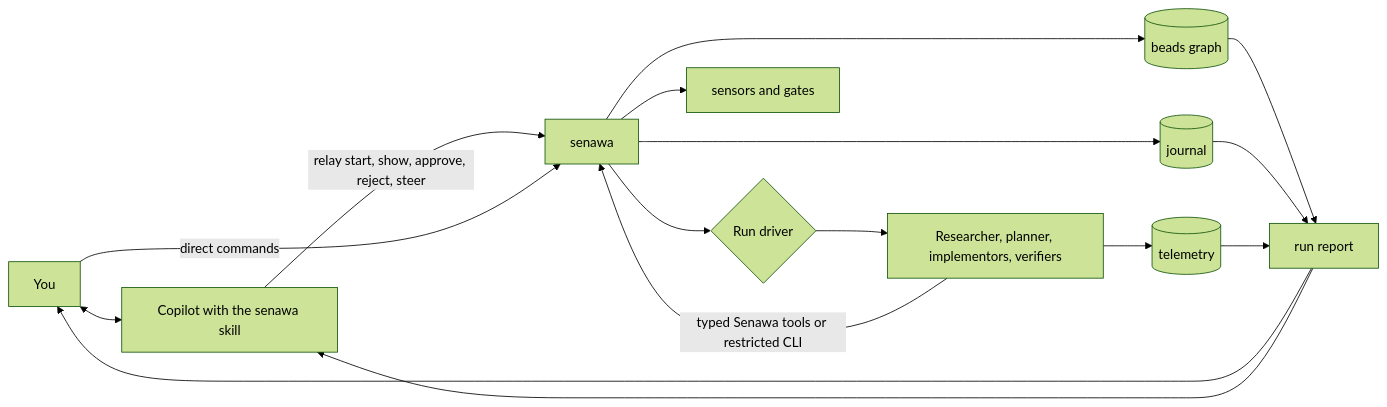
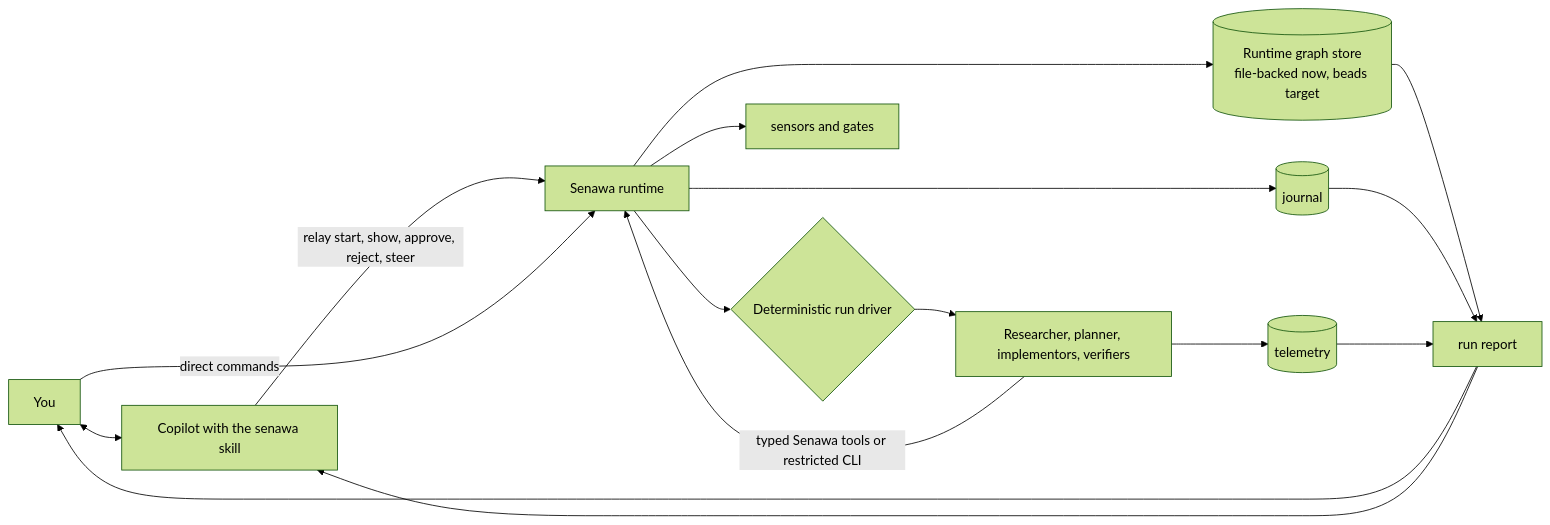
One commit to dasiths/senawa changed the diagram in README.md. Above: the diagram before and after it, drawn with Mermaid (forest theme). The commit also changed other lines of this file and 10 other files, not shown here.

````diff
--- a/README.md
+++ b/README.md
@@ -103,18 +163,18 @@
 ```mermaid
 flowchart LR
     H[You] <--> PA[Copilot with the senawa skill]
-    PA -->|relay start, show, approve, reject, steer| S[senawa]
+    PA -->|relay start, show, approve, reject, steer| S[Senawa runtime]
     H -->|direct commands| S
-    S --> D{Run driver}
+    S --> D{Deterministic run driver}
     D --> W[Researcher, planner, implementors, verifiers]
     W -->|typed Senawa tools or restricted CLI| S
-    S --> G[(beads graph)]
+    S --> G[(Runtime graph store<br/>file-backed now, beads target)]
     S --> SEN[sensors and gates]
     S --> J[(journal)]
     W --> T[(telemetry)]
     G --> RPT[run report]
     J --> RPT[run report]
     T --> RPT
     RPT --> H
     RPT --> PA
 ```
````
